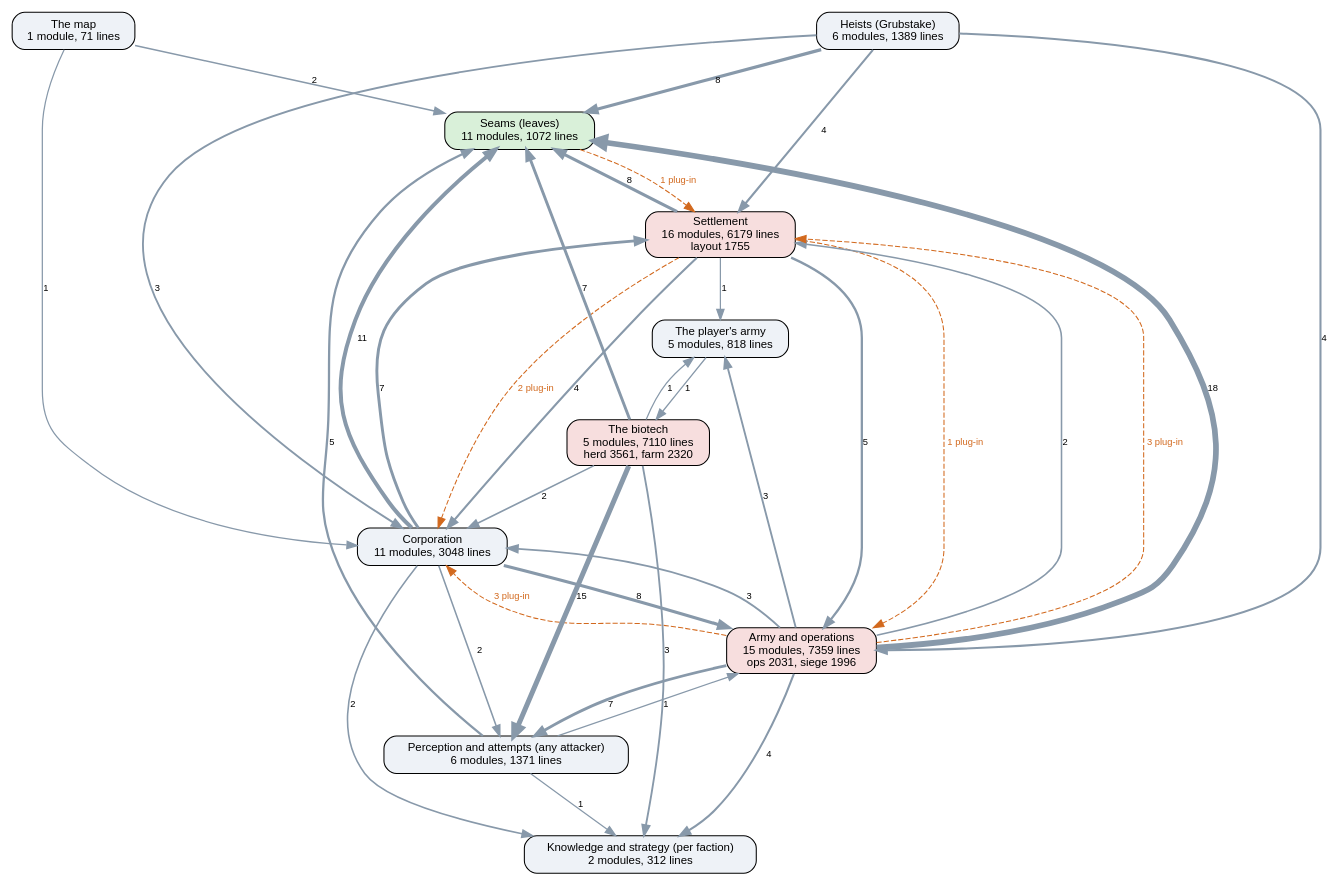
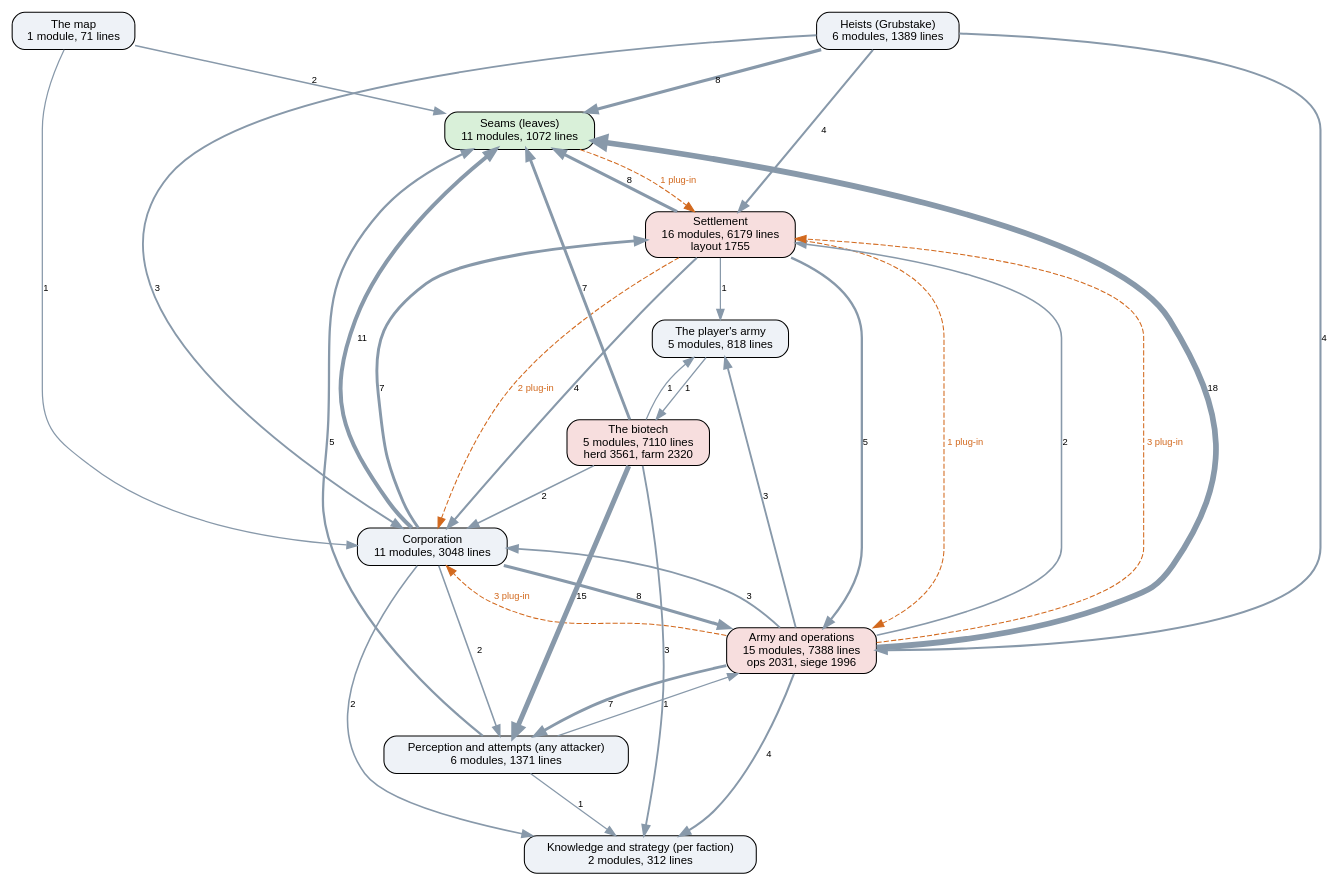
Before and after one commit to kinelhu/landing-party: the diagram in docs/ai-layers.dot, drawn with Graphviz. The commit also changed 8 other files, not shown here.

```diff
--- a/docs/ai-layers.dot
+++ b/docs/ai-layers.dot
@@ -1,50 +1,50 @@
 digraph layers {
   graph [rankdir=TB, fontname="Helvetica", nodesep=0.5, ranksep=0.7];
   node [shape=box, style="rounded,filled", fontname="Helvetica", fontsize=11, fillcolor="#eef2f7"];
   edge [color="#8899aa", fontname="Helvetica", fontsize=9];
   "Seams (leaves)" [label="Seams (leaves)\n11 modules, 1072 lines", fillcolor="#d9f0d9"];
   "Perception and attempts (any attacker)" [label="Perception and attempts (any attacker)\n6 modules, 1371 lines", fillcolor="#eef2f7"];
   "Knowledge and strategy (per faction)" [label="Knowledge and strategy (per faction)\n2 modules, 312 lines", fillcolor="#eef2f7"];
   "Corporation" [label="Corporation\n11 modules, 3048 lines", fillcolor="#eef2f7"];
   "Settlement" [label="Settlement\n16 modules, 6179 lines\nlayout 1755", fillcolor="#f7dede"];
-  "Army and operations" [label="Army and operations\n15 modules, 7359 lines\nops 2031, siege 1996", fillcolor="#f7dede"];
+  "Army and operations" [label="Army and operations\n15 modules, 7388 lines\nops 2031, siege 1996", fillcolor="#f7dede"];
   "Heists (Grubstake)" [label="Heists (Grubstake)\n6 modules, 1389 lines", fillcolor="#eef2f7"];
   "The biotech" [label="The biotech\n5 modules, 7110 lines\nherd 3561, farm 2320", fillcolor="#f7dede"];
   "The map" [label="The map\n1 module, 71 lines", fillcolor="#eef2f7"];
   "The player's army" [label="The player's army\n5 modules, 818 lines", fillcolor="#eef2f7"];
   "Army and operations" -> "Corporation" [label="3", penwidth=1.8];
   "Army and operations" -> "Knowledge and strategy (per faction)" [label="4", penwidth=2.0];
   "Army and operations" -> "Perception and attempts (any attacker)" [label="7", penwidth=2.8];
   "Army and operations" -> "Seams (leaves)" [label="18", penwidth=5.5];
   "Army and operations" -> "Settlement" [label="2", penwidth=1.5];
   "Army and operations" -> "The player's army" [label="3", penwidth=1.8];
   "Corporation" -> "Army and operations" [label="8", penwidth=3.0];
   "Corporation" -> "Knowledge and strategy (per faction)" [label="2", penwidth=1.5];
   "Corporation" -> "Perception and attempts (any attacker)" [label="2", penwidth=1.5];
   "Corporation" -> "Seams (leaves)" [label="11", penwidth=3.8];
   "Corporation" -> "Settlement" [label="7", penwidth=2.8];
   "Heists (Grubstake)" -> "Army and operations" [label="4", penwidth=2.0];
   "Heists (Grubstake)" -> "Corporation" [label="3", penwidth=1.8];
   "Heists (Grubstake)" -> "Seams (leaves)" [label="8", penwidth=3.0];
   "Heists (Grubstake)" -> "Settlement" [label="4", penwidth=2.0];
   "Perception and attempts (any attacker)" -> "Army and operations" [label="1", penwidth=1.2];
   "Perception and attempts (any attacker)" -> "Knowledge and strategy (per faction)" [label="1", penwidth=1.2];
   "Perception and attempts (any attacker)" -> "Seams (leaves)" [label="5", penwidth=2.2];
   "Settlement" -> "Army and operations" [label="5", penwidth=2.2];
   "Settlement" -> "Corporation" [label="4", penwidth=2.0];
   "Settlement" -> "Seams (leaves)" [label="8", penwidth=3.0];
   "Settlement" -> "The player's army" [label="1", penwidth=1.2];
   "The biotech" -> "Corporation" [label="2", penwidth=1.5];
   "The biotech" -> "Knowledge and strategy (per faction)" [label="3", penwidth=1.8];
   "The biotech" -> "Perception and attempts (any attacker)" [label="15", penwidth=4.8];
   "The biotech" -> "Seams (leaves)" [label="7", penwidth=2.8];
   "The biotech" -> "The player's army" [label="1", penwidth=1.2];
   "The map" -> "Corporation" [label="1", penwidth=1.2];
   "The map" -> "Seams (leaves)" [label="2", penwidth=1.5];
   "The player's army" -> "The biotech" [label="1", penwidth=1.2];
   "Army and operations" -> "Corporation" [style=dashed, color="#d2691e", fontcolor="#d2691e", label="3 plug-in"];
   "Army and operations" -> "Settlement" [style=dashed, color="#d2691e", fontcolor="#d2691e", label="3 plug-in"];
   "Seams (leaves)" -> "Settlement" [style=dashed, color="#d2691e", fontcolor="#d2691e", label="1 plug-in"];
   "Settlement" -> "Army and operations" [style=dashed, color="#d2691e", fontcolor="#d2691e", label="1 plug-in"];
   "Settlement" -> "Corporation" [style=dashed, color="#d2691e", fontcolor="#d2691e", label="2 plug-in"];
 }
```
